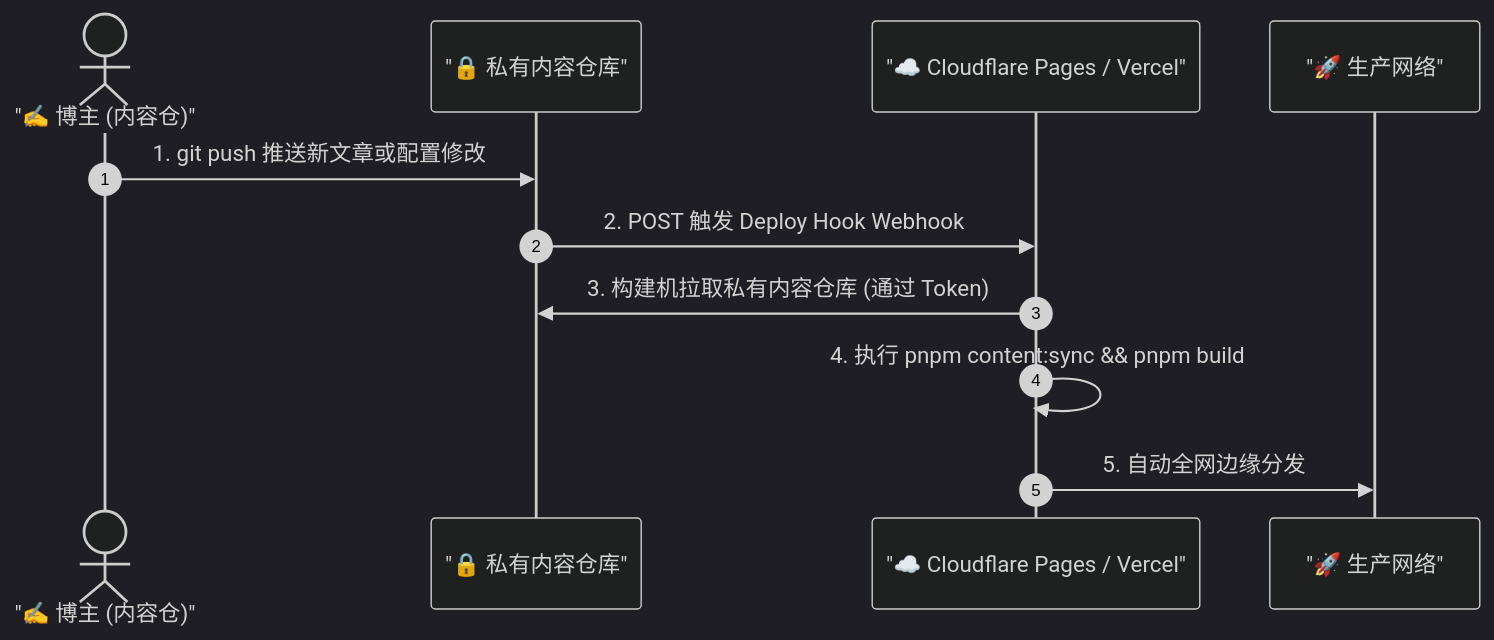
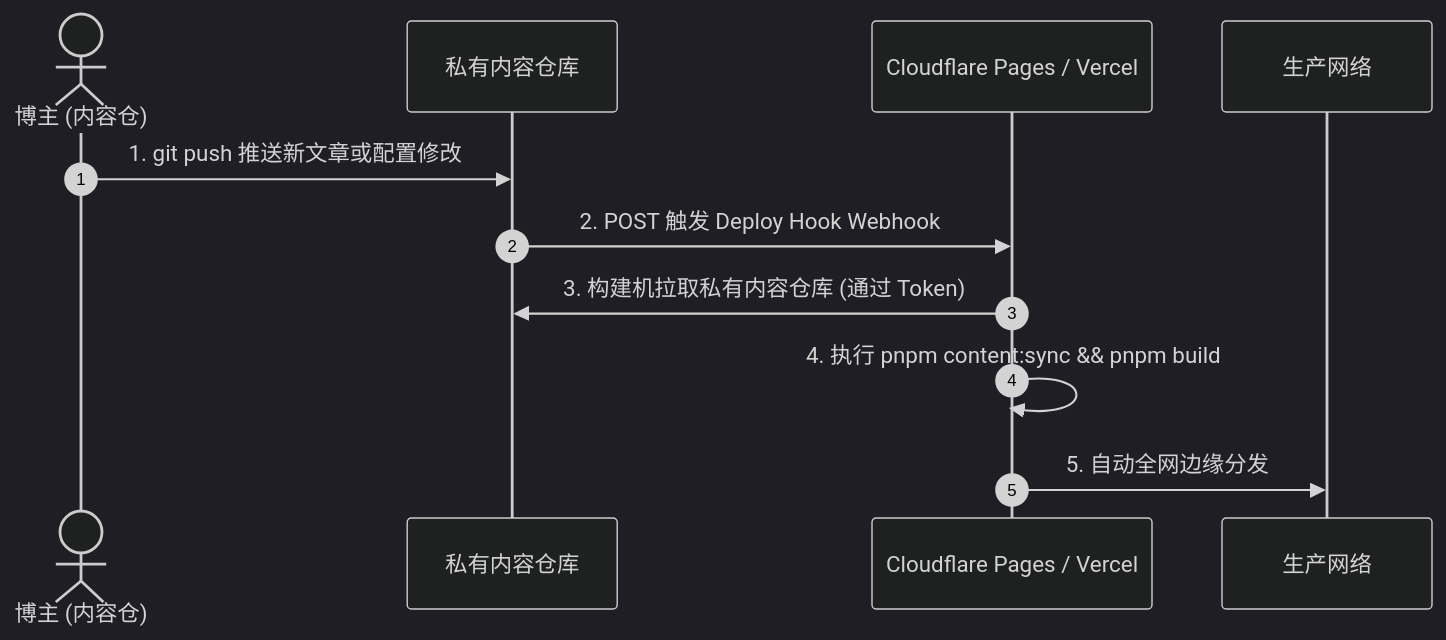
One commit to LyraVoid/Shirone-Docs changed the diagram in docs/guide/content-separation/deploy-hooks/README.md. Above: the diagram before and after it, drawn with Mermaid (dark theme). The commit also changed 7 other files, not shown here.

Commit message:
docs: standardize terminology in content separation guides by removing emojis from diagrams for improved clarity and consistency in both English and Chinese

````diff
--- a/docs/guide/content-separation/deploy-hooks/README.md
+++ b/docs/guide/content-separation/deploy-hooks/README.md
@@ -13,14 +13,14 @@
 ```mermaid
 sequenceDiagram
     autonumber
-    actor Author as "✍️ 博主 (内容仓)"
-    participant ContentRepo as "🔒 私有内容仓库"
-    participant Cloudflare as "☁️ Cloudflare Pages / Vercel"
-    participant CDN as "🚀 生产网络"
+    actor Author as 博主 (内容仓)
+    participant ContentRepo as 私有内容仓库
+    participant Cloudflare as Cloudflare Pages / Vercel
+    participant CDN as 生产网络
 
     Author->>ContentRepo: 1. git push 推送新文章或配置修改
     ContentRepo->>Cloudflare: 2. POST 触发 Deploy Hook Webhook
     Cloudflare->>ContentRepo: 3. 构建机拉取私有内容仓库 (通过 Token)
     Cloudflare->>Cloudflare: 4. 执行 pnpm content:sync && pnpm build
     Cloudflare->>CDN: 5. 自动全网边缘分发
 ```
````
